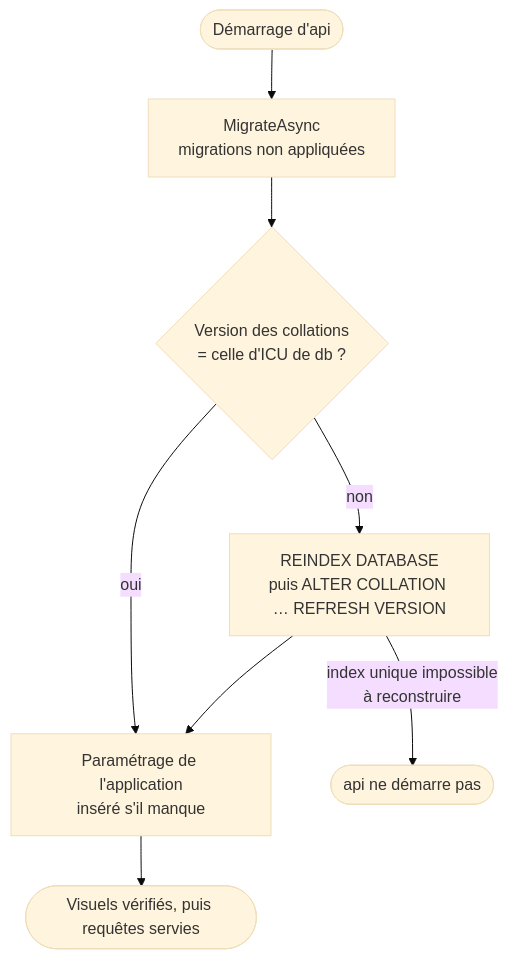
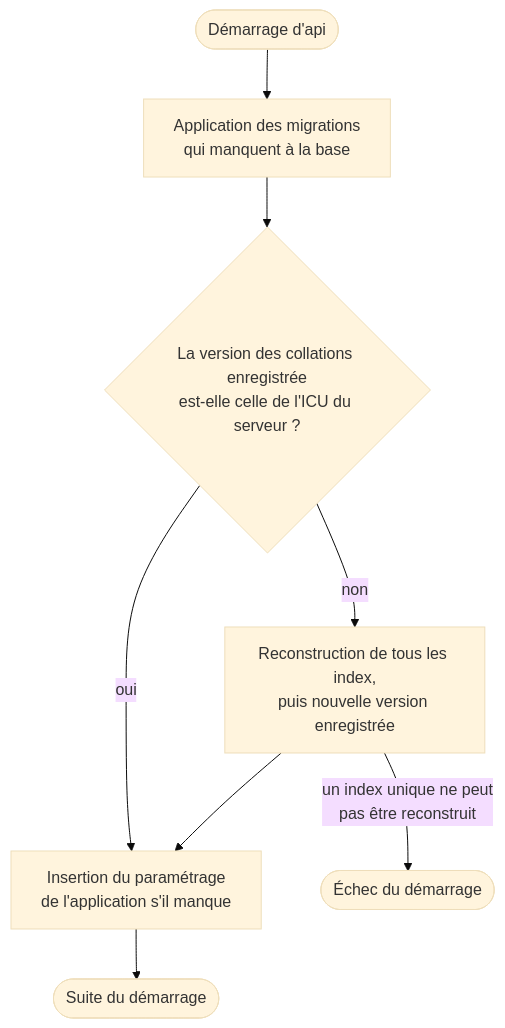
The diagram in docs/tech/mecanismes/persistance-modele-et-schema.md (Tetram76/bdtheque-claude), drawn with Mermaid (base theme) before and after one commit. The commit also changed other lines of this file and 41 other files, not shown here.

````diff
--- a/docs/tech/mecanismes/persistance-modele-et-schema.md
+++ b/docs/tech/mecanismes/persistance-modele-et-schema.md
@@ -55,10 +61,10 @@
 ```mermaid
 flowchart TD
-    start(["Démarrage d'api"]) --> migrate["MigrateAsync<br/>migrations non appliquées"]
-    migrate --> versions{"Version des collations<br/>= celle d'ICU de db ?"}
-    versions -- "oui" --> provision
-    versions -- "non" --> reindex["REINDEX DATABASE<br/>puis ALTER COLLATION … REFRESH VERSION"]
-    reindex -- "index unique impossible<br/>à reconstruire" --> stop(["api ne démarre pas"])
-    reindex --> provision["Paramétrage de l'application<br/>inséré s'il manque"]
-    provision --> serve(["Visuels vérifiés, puis requêtes servies"])
+    start(["Démarrage d'api"]) --> migrate["Application des migrations<br/>qui manquent à la base"]
+    migrate --> versions{"La version des collations enregistrée<br/>est-elle celle de l'ICU du serveur ?"}
+    versions -- "oui" --> provision["Insertion du paramétrage<br/>de l'application s'il manque"]
+    versions -- "non" --> reindex["Reconstruction de tous les index,<br/>puis nouvelle version enregistrée"]
+    reindex -- "un index unique ne peut<br/>pas être reconstruit" --> stop(["Échec du démarrage"])
+    reindex --> provision
+    provision --> next(["Suite du démarrage"])
 ```
````
